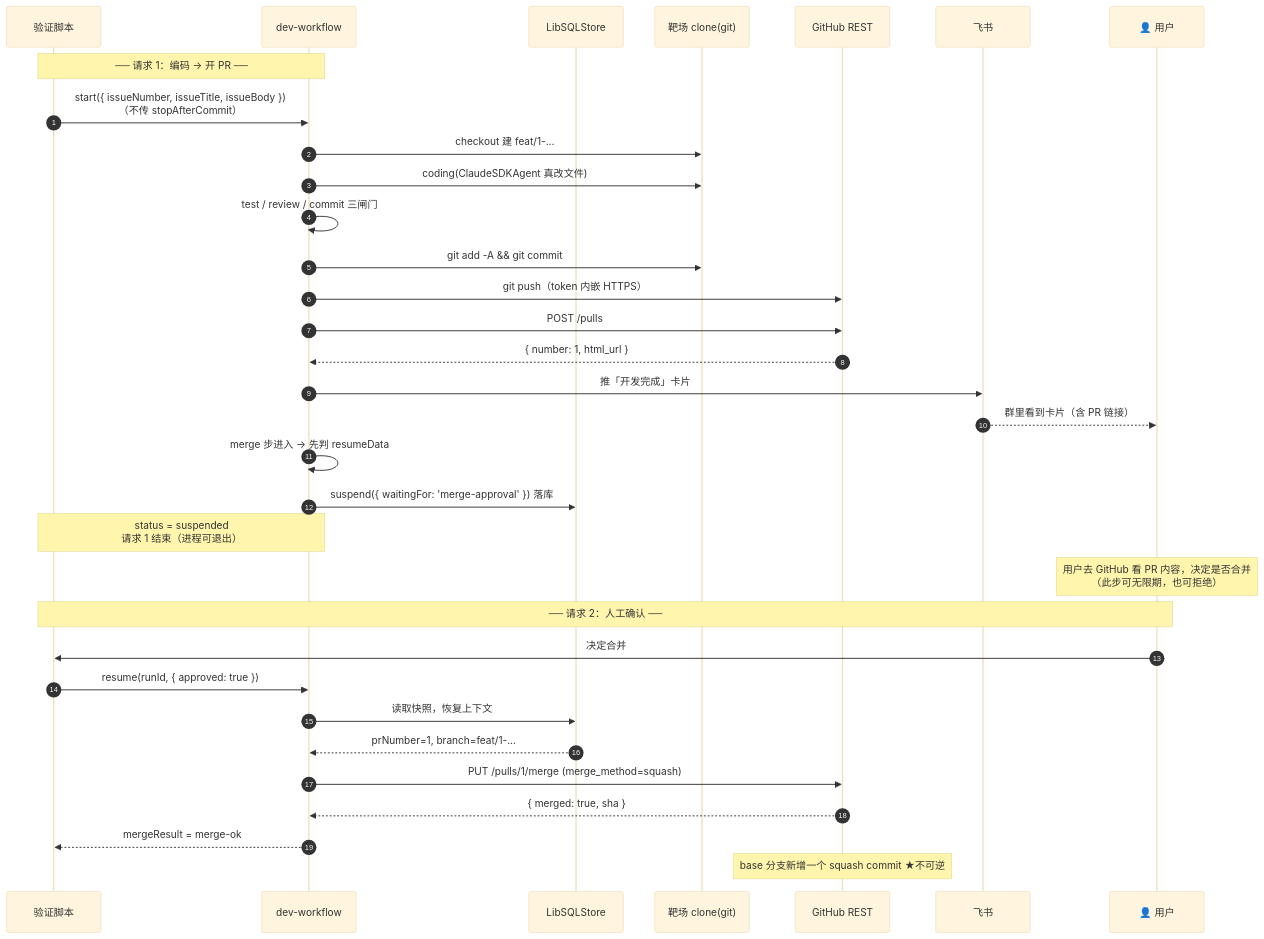
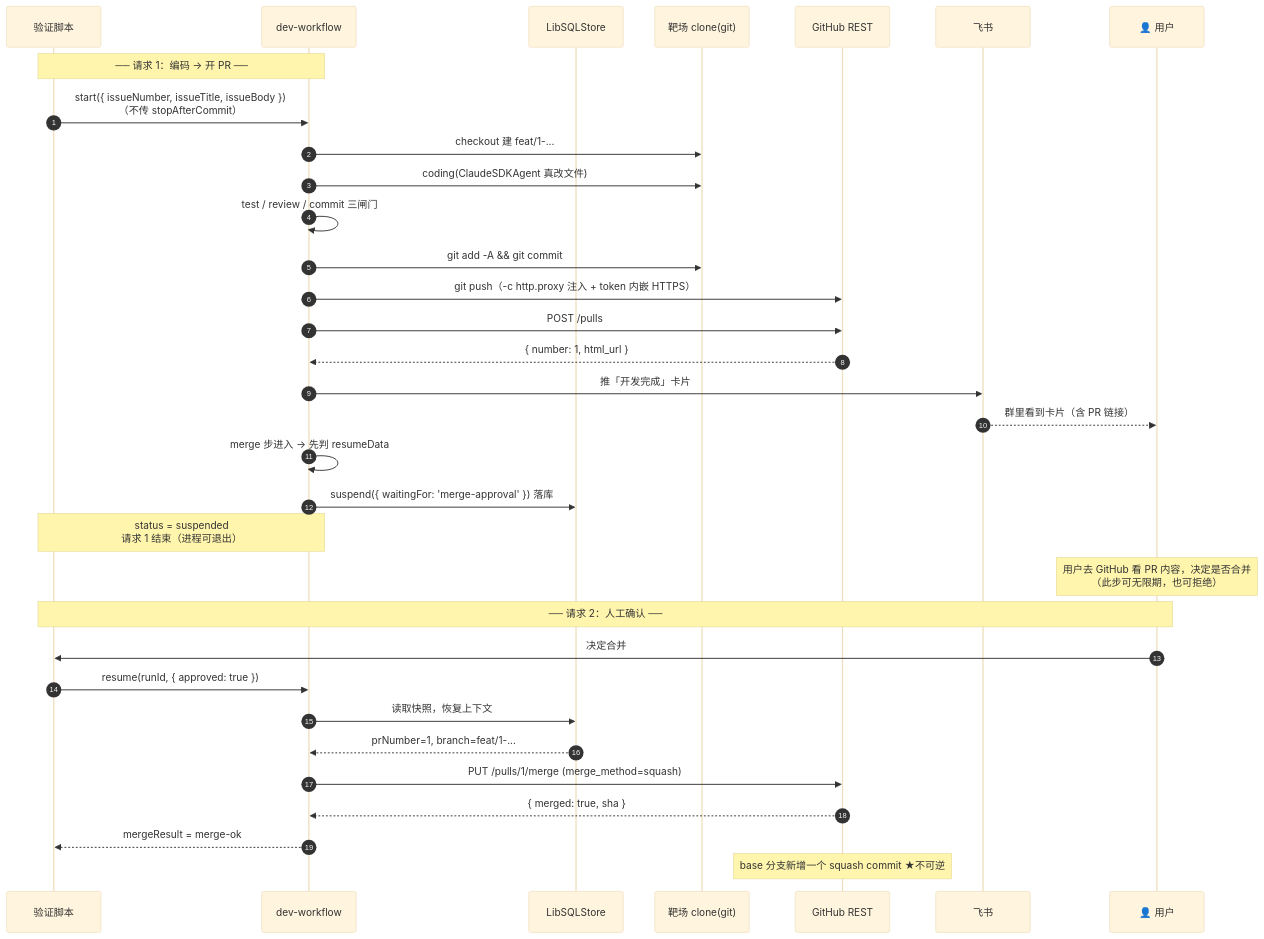
The second of 3 diagrams in milestones/M3-完整PR闭环-flow.md (wintim1143/pr-agent), drawn with Mermaid (base theme) before and after one commit. The commit also changed other lines of this file and 2 other files, not shown here.

First line of the commit message:
docs(m3): 清理 git 代理配置 + 校正落点,代理约束写入卡与流程图

````diff
--- a/milestones/M3-完整PR闭环-flow.md
+++ b/milestones/M3-完整PR闭环-flow.md
@@ -92,40 +95,40 @@
 ```mermaid
 sequenceDiagram
     autonumber
     participant V as 验证脚本
     participant W as dev-workflow
     participant DB as LibSQLStore
     participant G as 靶场 clone(git)
     participant GH as GitHub REST
     participant F as 飞书
     participant U as 👤 用户
 
     Note over V,W: ── 请求 1：编码 → 开 PR ──
     V->>W: start({ issueNumber, issueTitle, issueBody })<br/>（不传 stopAfterCommit）
     W->>G: checkout 建 feat/1-...
     W->>G: coding(ClaudeSDKAgent 真改文件)
     W->>W: test / review / commit 三闸门
     W->>G: git add -A && git commit
-    W->>GH: git push（token 内嵌 HTTPS）
+    W->>GH: git push（-c http.proxy 注入 + token 内嵌 HTTPS）
     W->>GH: POST /pulls
     GH-->>W: { number: 1, html_url }
     W->>F: 推「开发完成」卡片
     F-->>U: 群里看到卡片（含 PR 链接）
 
     W->>W: merge 步进入 → 先判 resumeData
     W->>DB: suspend({ waitingFor: 'merge-approval' })  落库
     Note over W,V: status = suspended<br/>请求 1 结束（进程可退出）
 
     Note over U: 用户去 GitHub 看 PR 内容，决定是否合并<br/>（此步可无限期，也可拒绝）
 
     Note over U,V: ── 请求 2：人工确认 ──
     U->>V: 决定合并
     V->>W: resume(runId, { approved: true })
     W->>DB: 读取快照，恢复上下文
     DB-->>W: prNumber=1, branch=feat/1-...
     W->>GH: PUT /pulls/1/merge (merge_method=squash)
     GH-->>W: { merged: true, sha }
     W-->>V: mergeResult = merge-ok
 
     Note over GH: base 分支新增一个 squash commit ★不可逆
 ```
````
